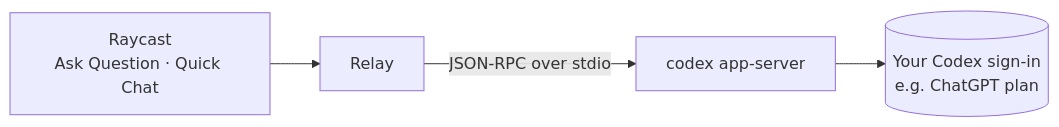
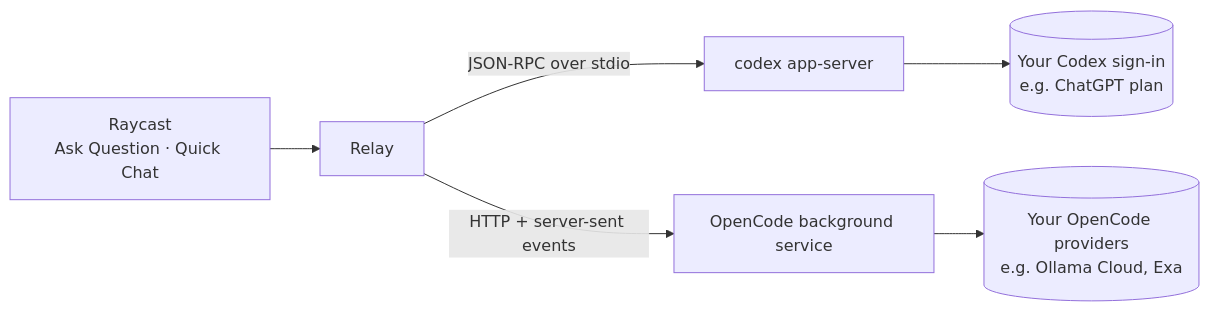
One commit to Hinkolas/raycast-relay changed the diagram in README.md. Above: the diagram before and after it, drawn with Mermaid. The commit also changed other lines of this file and 15 other files, not shown here.

First line of the commit message:
Add OpenCode provider

````diff
--- a/README.md
+++ b/README.md
@@ -104,6 +109,8 @@
 ```mermaid
 flowchart LR
   raycast["Raycast<br/>Ask Question · Quick Chat"] --> relay["Relay"]
-  relay -- "JSON-RPC over stdio" --> server["codex app-server"]
-  server --> plan[("Your Codex sign-in<br/>e.g. ChatGPT plan")]
+  relay -- "JSON-RPC over stdio" --> codex["codex app-server"]
+  relay -- "HTTP + server-sent events" --> opencode["OpenCode background service"]
+  codex --> plan[("Your Codex sign-in<br/>e.g. ChatGPT plan")]
+  opencode --> providers[("Your OpenCode providers<br/>e.g. Ollama Cloud, Exa")]
 ```
````
